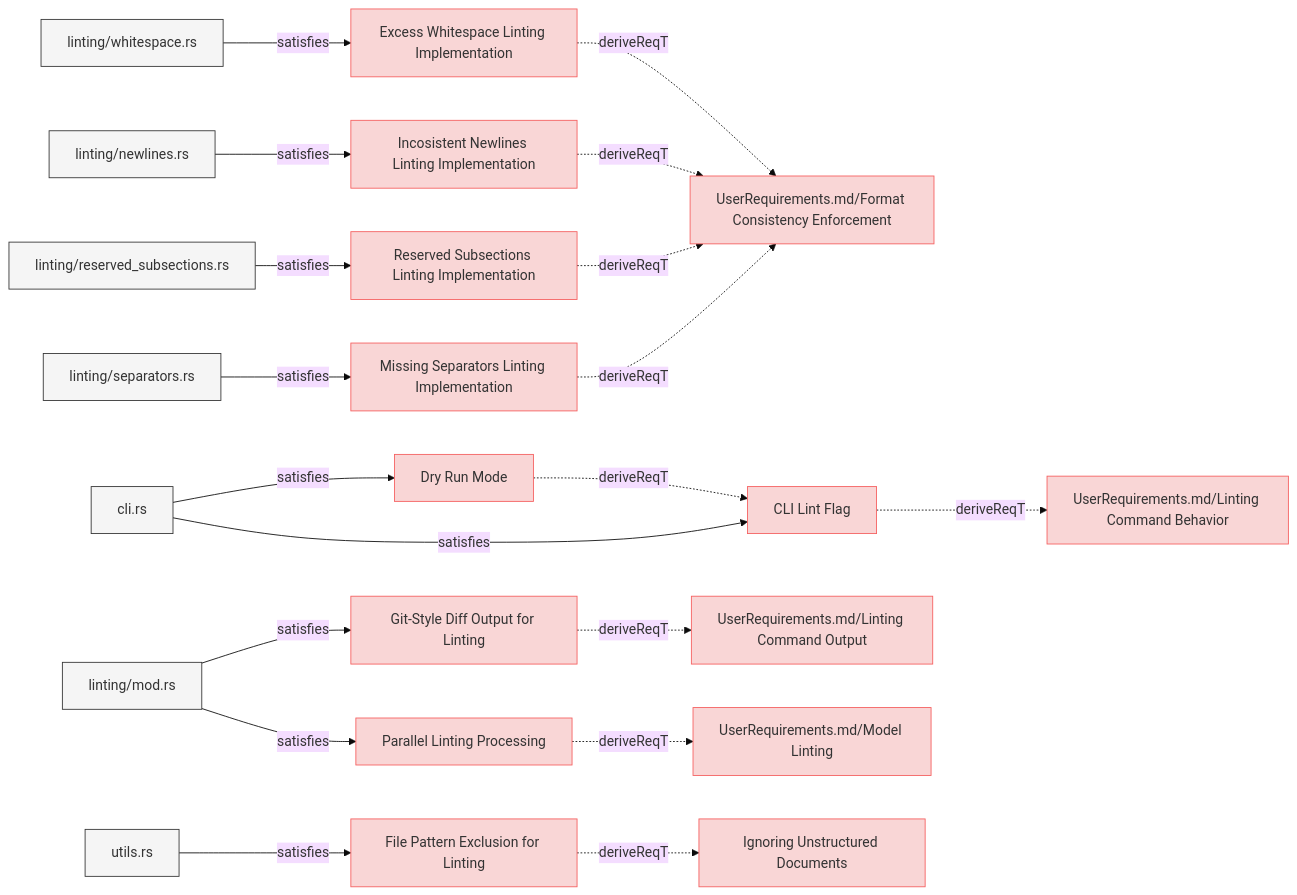
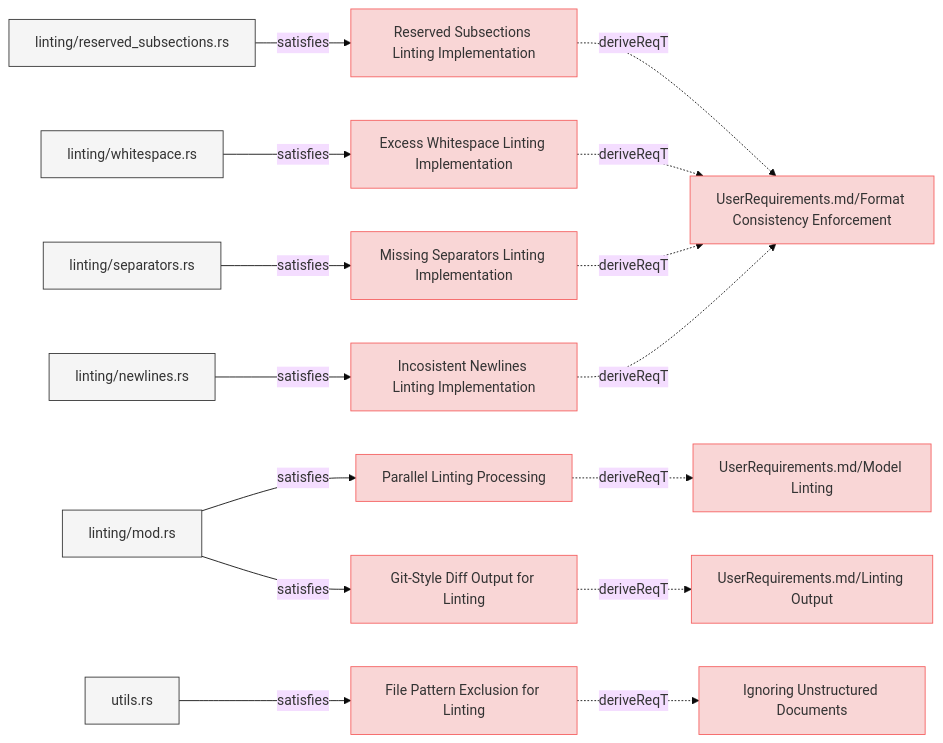
Before and after one commit to reqvire-org/reqvire: the first of 8 diagrams in specifications/SystemRequirements/Requirements.md, drawn with Mermaid (base theme). The commit also changed other lines of this file and 29 other files, not shown here.

````diff
--- a/specifications/SystemRequirements/Requirements.md
+++ b/specifications/SystemRequirements/Requirements.md
@@ -9,12 +9,31 @@
   classDef externalLink fill:#d0e0ff,stroke:#3080ff,stroke-width:1px;
   classDef default fill:#f5f5f5,stroke:#333333,stroke-width:1px;
 
+  a7bd845c64d1685e["Reserved Subsections Linting Implementation"];
+  class a7bd845c64d1685e requirement;
+  click a7bd845c64d1685e "Requirements.md#reserved-subsections-linting-implementation";
+  974ccf933675ef44["UserRequirements.md/Format Consistency Enforcement"];
+  class 974ccf933675ef44 requirement;
+  click 974ccf933675ef44 "../UserRequirements.md#format-consistency-enforcement";
+  a7bd845c64d1685e -.->|deriveReqT| 974ccf933675ef44;
+  4ef2e0c1cdbc35ab["linting/reserved_subsections.rs"];
+  class 4ef2e0c1cdbc35ab default;
+  click 4ef2e0c1cdbc35ab "../../core/src/linting/indentation.rs";
+  4ef2e0c1cdbc35ab -->|satisfies| a7bd845c64d1685e;
+  47401bd64e231632["Parallel Linting Processing"];
+  class 47401bd64e231632 requirement;
+  click 47401bd64e231632 "Requirements.md#parallel-linting-processing";
+  7305c1d6f7f1e2b2["UserRequirements.md/Model Linting"];
+  class 7305c1d6f7f1e2b2 requirement;
+  click 7305c1d6f7f1e2b2 "../UserRequirements.md#model-linting";
+  47401bd64e231632 -.->|deriveReqT| 7305c1d6f7f1e2b2;
+  c418c3775592f201["linting/mod.rs"];
+  class c418c3775592f201 default;
+  click c418c3775592f201 "../../core/src/linting/mod.rs";
+  c418c3775592f201 -->|satisfies| 47401bd64e231632;
   9f473f6e0b993cac["Excess Whitespace Linting Implementation"];
   class 9f473f6e0b993cac requirement;
   click 9f473f6e0b993cac "Requirements.md#excess-whitespace-linting-implementation";
-  974ccf933675ef44["UserRequirements.md/Format Consistency Enforcement"];
-  class 974ccf933675ef44 requirement;
-  click 974ccf933675ef44 "../UserRequirements.md#format-consistency-enforcement";
   9f473f6e0b993cac -.->|deriveReqT| 974ccf933675ef44;
   63a0f5a33e87fcee["linting/whitespace.rs"];
   class 63a0f5a33e87fcee default;
@@ -23,25 +42,22 @@
   b7dd9db7a1290b97["Git-Style Diff Output for Linting"];
   class b7dd9db7a1290b97 requirement;
   click b7dd9db7a1290b97 "Requirements.md#git-style-diff-output-for-linting";
-  ec10e748b5e9516e["UserRequirements.md/Linting Command Output"];
-  class ec10e748b5e9516e requirement;
-  click ec10e748b5e9516e "../UserRequirements.md#linting-command-output";
-  b7dd9db7a1290b97 -.->|deriveReqT| ec10e748b5e9516e;
+  26fdf88d16b09109["UserRequirements.md/Linting Output"];
+  class 26fdf88d16b09109 requirement;
+  click 26fdf88d16b09109 "../UserRequirements.md#linting-output";
+  b7dd9db7a1290b97 -.->|deriveReqT| 26fdf88d16b09109;
   c418c3775592f201["linting/mod.rs"];
   class c418c3775592f201 default;
   click c418c3775592f201 "../../core/src/linting/mod.rs";
   c418c3775592f201 -->|satisfies| b7dd9db7a1290b97;
-  e4ccc71cd6ef4e9e["Dry Run Mode"];
-  class e4ccc71cd6ef4e9e requirement;
-  click e4ccc71cd6ef4e9e "Requirements.md#dry-run-mode";
-  7d3a6a25db09c1b2["CLI Lint Flag"];
-  class 7d3a6a25db09c1b2 requirement;
-  click 7d3a6a25db09c1b2 "Requirements.md#cli-lint-flag";
-  e4ccc71cd6ef4e9e -.->|deriveReqT| 7d3a6a25db09c1b2;
-  80defdd4cbc7ee18["cli.rs"];
-  class 80defdd4cbc7ee18 default;
-  click 80defdd4cbc7ee18 "../../cli/src/cli.rs";
-  80defdd4cbc7ee18 -->|satisfies| e4ccc71cd6ef4e9e;
+  719bf8b75772947d["Missing Separators Linting Implementation"];
+  class 719bf8b75772947d requirement;
+  click 719bf8b75772947d "Requirements.md#missing-separators-linting-implementation";
+  719bf8b75772947d -.->|deriveReqT| 974ccf933675ef44;
+  9cbd45fe044171ec["linting/separators.rs"];
+  class 9cbd45fe044171ec default;
+  click 9cbd45fe044171ec "../../core/src/linting/separators.rs";
+  9cbd45fe044171ec -->|satisfies| 719bf8b75772947d;
   7d44a9de72f2ed11["Incosistent Newlines Linting Implementation"];
   class 7d44a9de72f2ed11 requirement;
   click 7d44a9de72f2ed11 "Requirements.md#incosistent-newlines-linting-implementation";
@@ -50,22 +66,6 @@
   class aab06119b34eec74 default;
   click aab06119b34eec74 "../../core/src/linting/newlines.rs";
   aab06119b34eec74 -->|satisfies| 7d44a9de72f2ed11;
-  a7bd845c64d1685e["Reserved Subsections Linting Implementation"];
-  class a7bd845c64d1685e requirement;
-  click a7bd845c64d1685e "Requirements.md#reserved-subsections-linting-implementation";
-  a7bd845c64d1685e -.->|deriveReqT| 974ccf933675ef44;
-  4ef2e0c1cdbc35ab["linting/reserved_subsections.rs"];
-  class 4ef2e0c1cdbc35ab default;
-  click 4ef2e0c1cdbc35ab "../../core/src/linting/indentation.rs";
-  4ef2e0c1cdbc35ab -->|satisfies| a7bd845c64d1685e;
-  a51179cda67cf9f2["UserRequirements.md/Linting Command Behavior"];
-  class a51179cda67cf9f2 requirement;
-  click a51179cda67cf9f2 "../UserRequirements.md#linting-command";
-  7d3a6a25db09c1b2 -.->|deriveReqT| a51179cda67cf9f2;
-  80defdd4cbc7ee18["cli.rs"];
-  class 80defdd4cbc7ee18 default;
-  click 80defdd4cbc7ee18 "../../cli/src/cli.rs";
-  80defdd4cbc7ee18 -->|satisfies| 7d3a6a25db09c1b2;
   bef37c31db69b66a["File Pattern Exclusion for Linting"];
   class bef37c31db69b66a requirement;
   click bef37c31db69b66a "Requirements.md#file-pattern-exclusion-for-linting";
@@ -77,23 +77,4 @@
   class ce2625feec883e55 default;
   click ce2625feec883e55 "../../core/src/utils.rs";
   ce2625feec883e55 -->|satisfies| bef37c31db69b66a;
-  719bf8b75772947d["Missing Separators Linting Implementation"];
-  class 719bf8b75772947d requirement;
-  click 719bf8b75772947d "Requirements.md#missing-separators-linting-implementation";
-  719bf8b75772947d -.->|deriveReqT| 974ccf933675ef44;
-  9cbd45fe044171ec["linting/separators.rs"];
-  class 9cbd45fe044171ec default;
-  click 9cbd45fe044171ec "../../core/src/linting/separators.rs";
-  9cbd45fe044171ec -->|satisfies| 719bf8b75772947d;
-  47401bd64e231632["Parallel Linting Processing"];
-  class 47401bd64e231632 requirement;
-  click 47401bd64e231632 "Requirements.md#parallel-linting-processing";
-  7305c1d6f7f1e2b2["UserRequirements.md/Model Linting"];
-  class 7305c1d6f7f1e2b2 requirement;
-  click 7305c1d6f7f1e2b2 "../UserRequirements.md#model-linting";
-  47401bd64e231632 -.->|deriveReqT| 7305c1d6f7f1e2b2;
-  c418c3775592f201["linting/mod.rs"];
-  class c418c3775592f201 default;
-  click c418c3775592f201 "../../core/src/linting/mod.rs";
-  c418c3775592f201 -->|satisfies| 47401bd64e231632;
 ```
````
